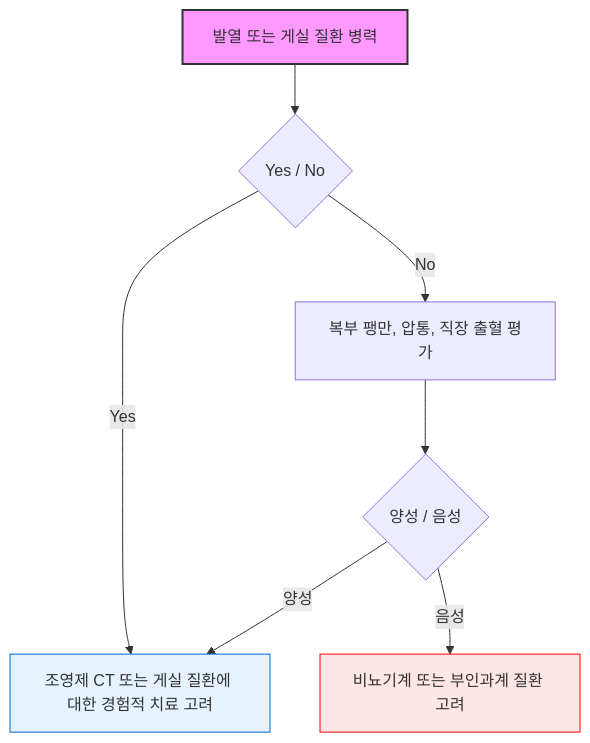
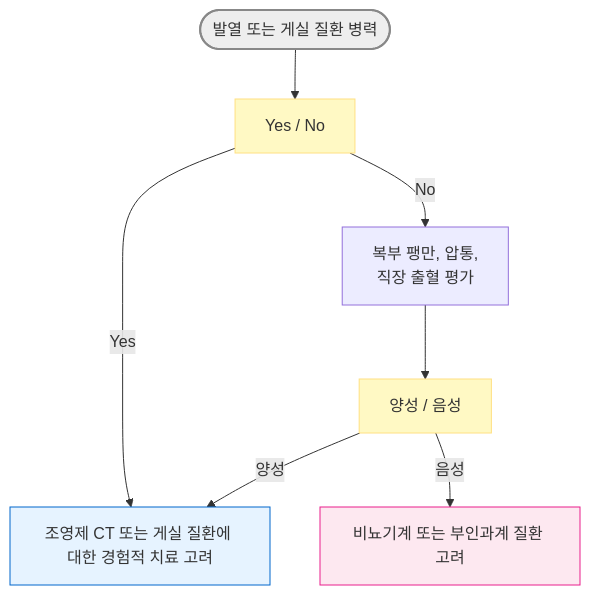
One commit to familyoh77/familyoh77 changed the third of 4 diagrams in 220_/003_-abdominal-pain.md. Above: the diagram before and after it, drawn with Mermaid. The commit also changed other lines of this file and 4 other files, not shown here.

````diff
--- a/220_/003_-abdominal-pain.md
+++ b/220_/003_-abdominal-pain.md
@@ -224,16 +218,15 @@
 ```mermaid
 graph TD
-    Start[발열 또는 게실 질환 병력] --> Step1{Yes / No}
-    
+    Start([발열 또는 게실 질환 병력]) --> Step1[Yes / No]
     Step1 -- "Yes" --> Treatment[조영제 CT 또는 게실 질환에 대한 경험적 치료 고려]
-    
-    Step1 -- "No" --> Physical[복부 팽만, 압통, 직장 출혈 평가]
-    
-    Physical --> Result{양성 / 음성}
+    Step1 -- "No" --> Physical[복부 팽만, 압통, <br/>직장 출혈 평가]
+    Physical --> Result[양성 / 음성]
     Result -- "양성" --> Treatment
     Result -- "음성" --> Specialized[비뇨기계 또는 부인과계 질환 고려]
 
-    style Start fill:#f9f,stroke:#333,stroke-width:2px
+classDef yellow fill:#fff9c4,stroke:#ffe082
+class Step1,Result yellow
+    style Start fill:#eeeeee,stroke:#888888,stroke-width:2px
     style Treatment fill:#e6f3ff,stroke:#0066cc
-    style Specialized fill:#ffe6e6,stroke:#ff0000
+    style Specialized fill:#fde8f0,stroke:#e91e8c
 ```
````
